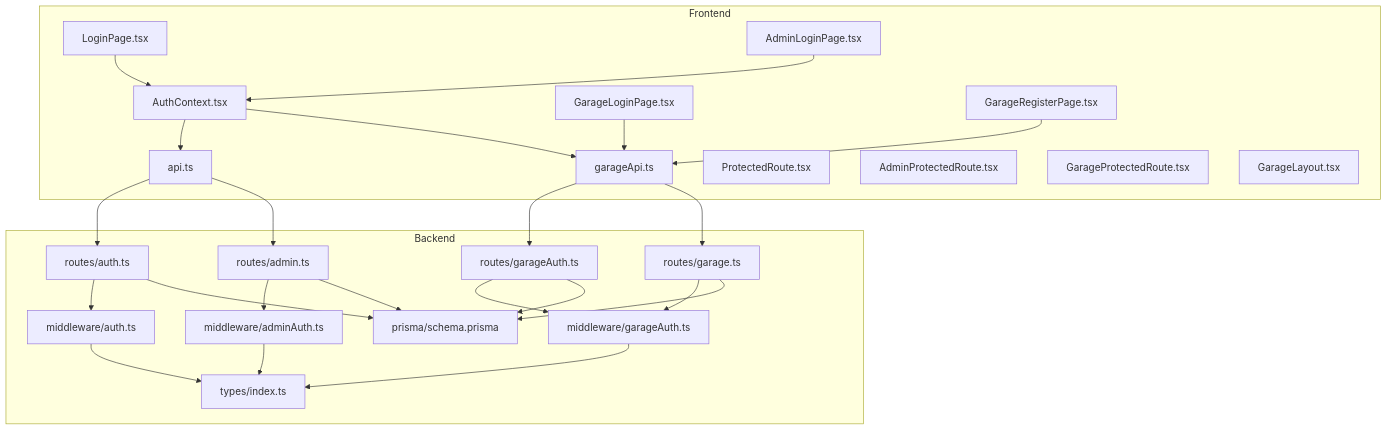
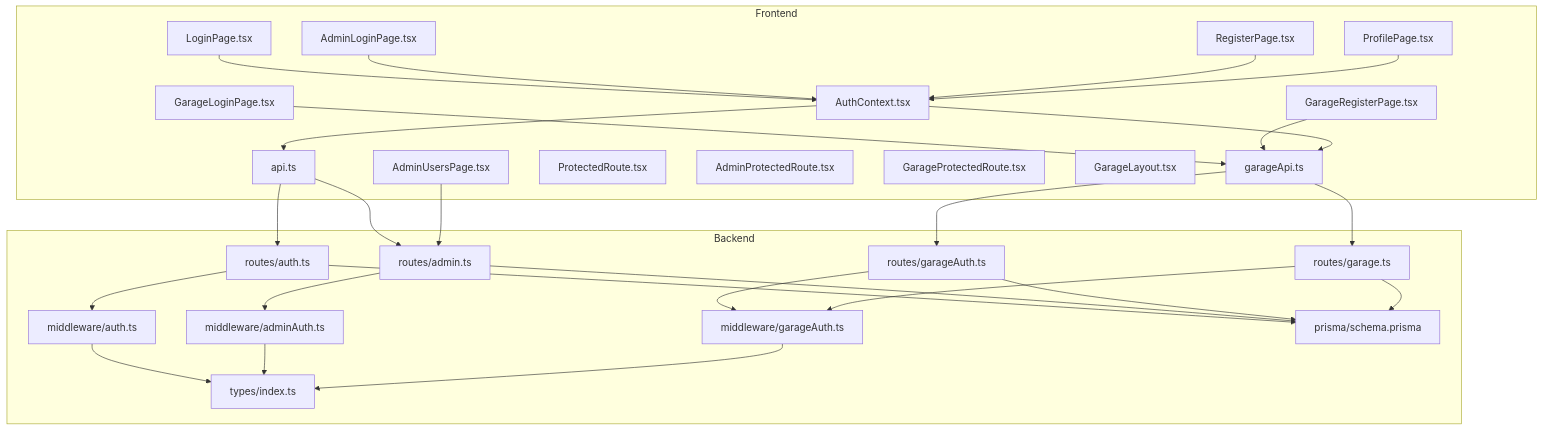
One commit to NaveenHiranya/Smart-Vehicle-Insurance-Claim-System changed the first of 12 diagrams in .qoder/repowiki/en/content/Backend Documentation/Authentication & Authorization.md. Above: the diagram before and after it, drawn with Mermaid. The commit also changed other lines of this file and 38 other files, not shown here.

````diff
--- a/.qoder/repowiki/en/content/Backend Documentation/Authentication & Authorization.md
+++ b/.qoder/repowiki/en/content/Backend Documentation/Authentication & Authorization.md
@@ -55,48 +60,54 @@
 ```mermaid
 graph TB
 subgraph "Frontend"
 A["AuthContext.tsx"]
 B["api.ts"]
 C["garageApi.ts"]
 D["ProtectedRoute.tsx"]
 E["AdminProtectedRoute.tsx"]
 F["GarageProtectedRoute.tsx"]
 G["LoginPage.tsx"]
 H["AdminLoginPage.tsx"]
 I["GarageLoginPage.tsx"]
 J["GarageRegisterPage.tsx"]
 K["GarageLayout.tsx"]
+L["RegisterPage.tsx"]
+M["ProfilePage.tsx"]
+N["AdminUsersPage.tsx"]
 end
 subgraph "Backend"
-L["routes/auth.ts"]
-M["routes/admin.ts"]
-N["routes/garageAuth.ts"]
-O["routes/garage.ts"]
-P["middleware/auth.ts"]
-Q["middleware/adminAuth.ts"]
-R["middleware/garageAuth.ts"]
-S["types/index.ts"]
-T["prisma/schema.prisma"]
+O["routes/auth.ts"]
+P["routes/admin.ts"]
+Q["routes/garageAuth.ts"]
+R["routes/garage.ts"]
+S["middleware/auth.ts"]
+T["middleware/adminAuth.ts"]
+U["middleware/garageAuth.ts"]
+V["types/index.ts"]
+W["prisma/schema.prisma"]
 end
 G --> A
 H --> A
 I --> C
 J --> C
 A --> B
 A --> C
-B --> L
-B --> M
-C --> N
-C --> O
-L --> P
-M --> Q
-N --> R
-O --> R
-P --> S
-Q --> S
-R --> S
-L --> T
-M --> T
-N --> T
-O --> T
+B --> O
+B --> P
+C --> Q
+C --> R
+O --> S
+P --> T
+Q --> U
+R --> U
+S --> V
+T --> V
+U --> V
+O --> W
+P --> W
+Q --> W
+R --> W
+L --> A
+M --> A
+N --> P
 ```
````
